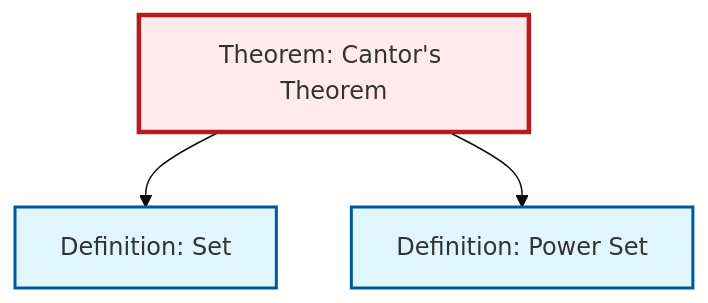
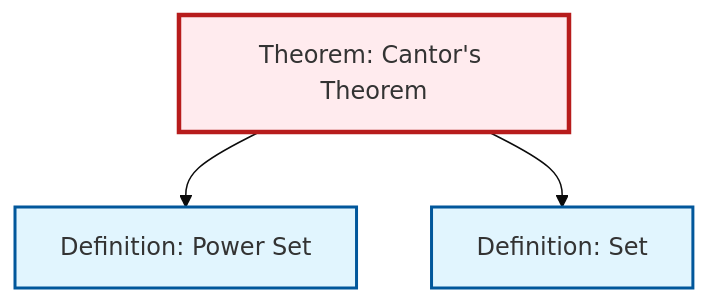
Before and after one commit to RK0429/ModernMath: the second of 2 diagrams in content/ja/logic-set-theory/thm-cantor.qmd, drawn with Mermaid (base theme). The commit also changed other lines of this file and 615 other files, not shown here.

````diff
--- a/content/ja/logic-set-theory/thm-cantor.qmd
+++ b/content/ja/logic-set-theory/thm-cantor.qmd
@@ -71,17 +71,17 @@
 ```{mermaid}
 %%| fig-cap: "Local dependency graph"
 graph TD
     classDef definition fill:#e1f5fe,stroke:#01579b,stroke-width:2px
     classDef theorem fill:#f3e5f5,stroke:#4a148c,stroke-width:2px
     classDef axiom fill:#fff3e0,stroke:#e65100,stroke-width:2px
     classDef example fill:#e8f5e9,stroke:#1b5e20,stroke-width:2px
     classDef current fill:#ffebee,stroke:#b71c1c,stroke-width:3px
     def-power-set["Definition: Power Set"]:::definition
     thm-cantor["Theorem: Cantor's Theorem"]:::theorem
     def-set["Definition: Set"]:::definition
+    thm-cantor --> def-power-set
     thm-cantor --> def-set
-    thm-cantor --> def-power-set
     class thm-cantor current
     click def-power-set "def-power-set.html" "Definition: Power Setへ"
     click def-set "def-set.html" "Definition: Setへ"
 ```
````
